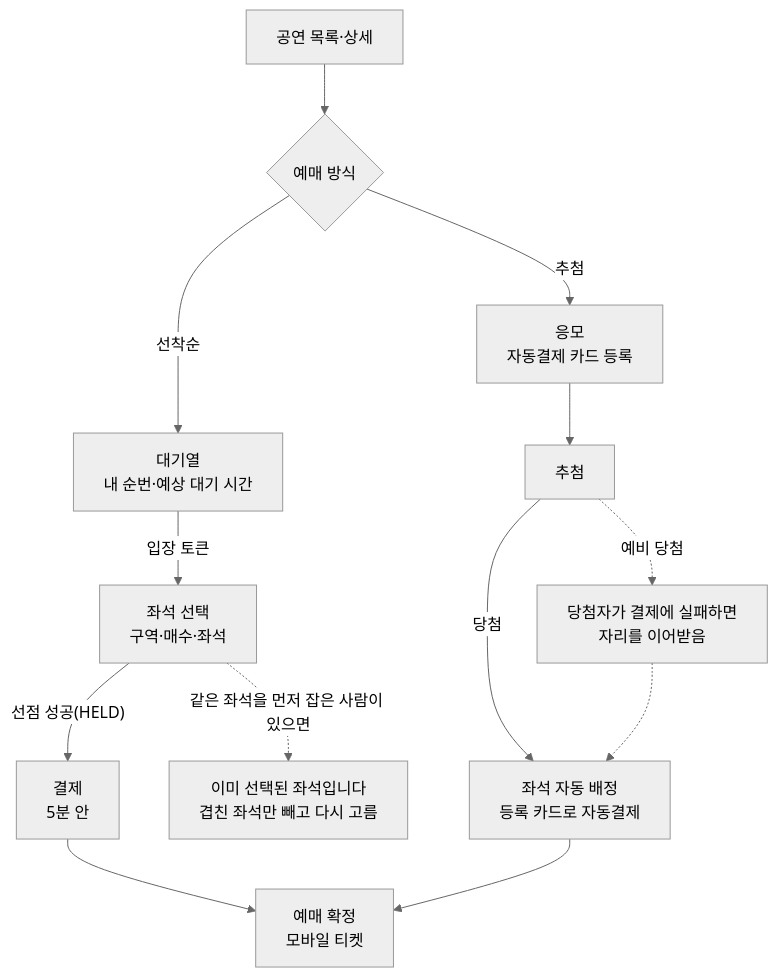
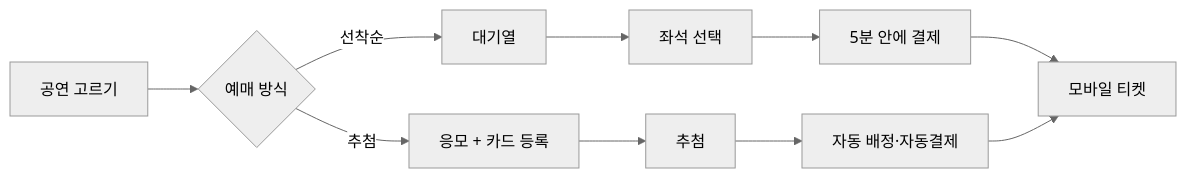
One commit to GGangMY/high-quality-ticketing-system changed the second of 10 diagrams in README.md. Above: the diagram before and after it, drawn with Mermaid (neutral theme). The commit also changed other lines of this file and 2 other files, not shown here.

````diff
--- a/README.md
+++ b/README.md
@@ -74,15 +64,6 @@
 ```mermaid
-flowchart TB
-  A["공연 목록·상세"] --> B{"예매 방식"}
-  B -->|선착순| Q["대기열<br/>내 순번·예상 대기 시간"]
-  B -->|추첨| L["응모<br/>자동결제 카드 등록"]
-  Q -->|입장 토큰| S["좌석 선택<br/>구역·매수·좌석"]
-  S -->|"선점 성공(HELD)"| P["결제<br/>5분 안"]
-  S -.->|"같은 좌석을 먼저 잡은 사람이 있으면"| X["이미 선택된 좌석입니다<br/>겹친 좌석만 빼고 다시 고름"]
-  L --> D["추첨"]
-  D -->|당첨| AUTO["좌석 자동 배정<br/>등록 카드로 자동결제"]
-  D -.->|예비 당첨| W["당첨자가 결제에 실패하면<br/>자리를 이어받음"]
-  W -.-> AUTO
-  P --> C["예매 확정<br/>모바일 티켓"]
-  AUTO --> C
+flowchart LR
+  A["공연 고르기"] --> B{"예매 방식"}
+  B -->|선착순| Q["대기열"] --> S["좌석 선택"] --> P["5분 안에 결제"] --> T["모바일 티켓"]
+  B -->|추첨| L["응모 + 카드 등록"] --> D["추첨"] --> AUTO["자동 배정·자동결제"] --> T
 ```
````
